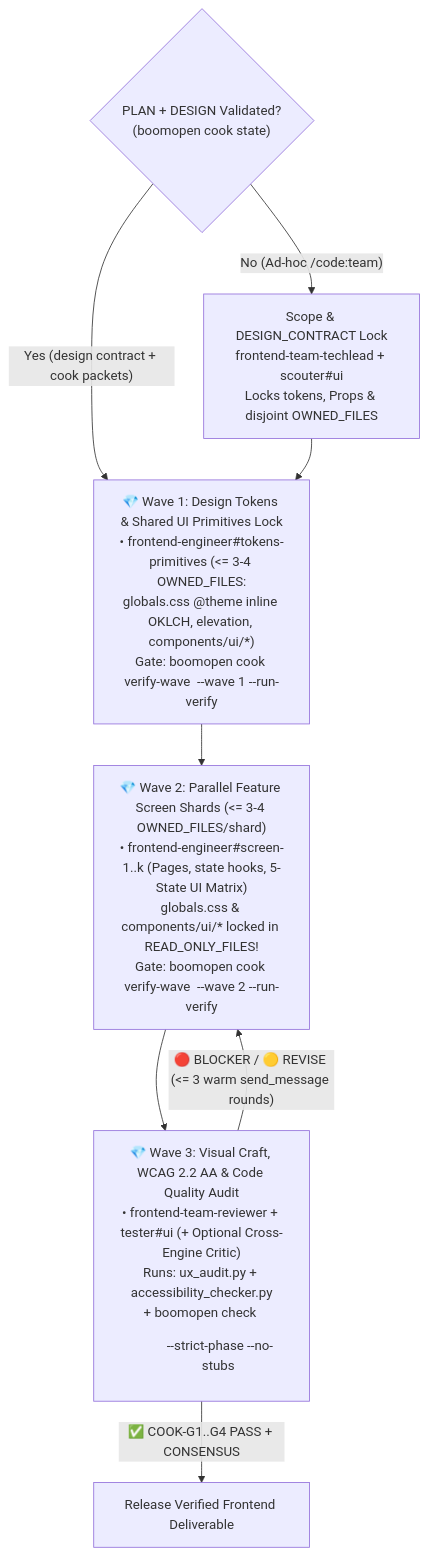
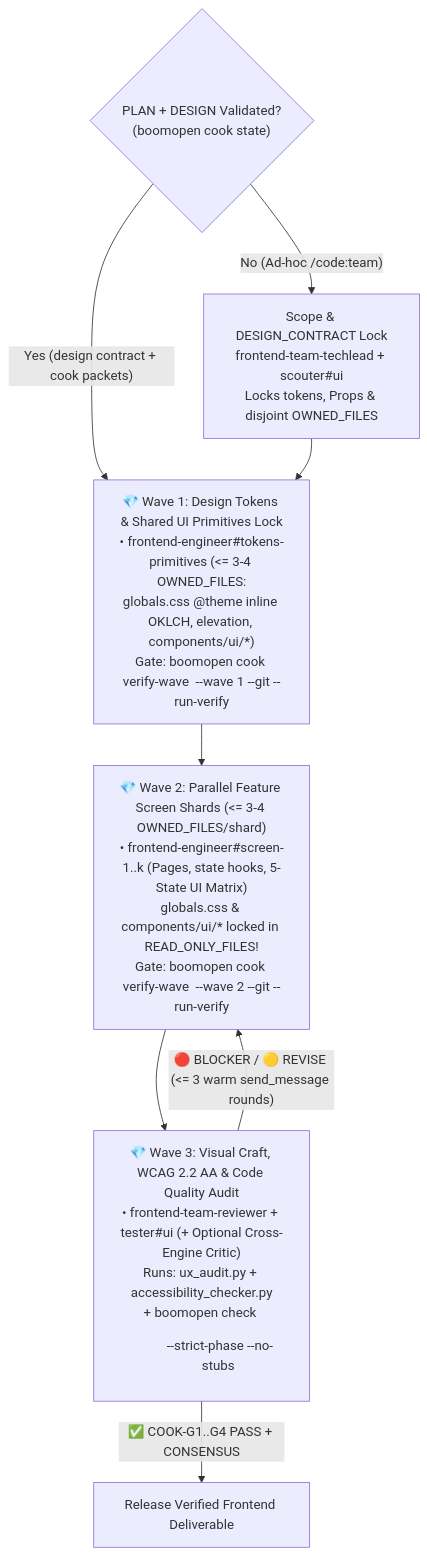
Before and after one commit to Kennyboom/BoomOpen-Workflow-Kit-Pro: the diagram in agents/teams/frontend-team/_team.md, drawn with Mermaid. The commit also changed other lines of this file and 302 other files, not shown here.

````diff
--- a/agents/teams/frontend-team/_team.md
+++ b/agents/teams/frontend-team/_team.md
@@ -46,11 +47,11 @@
 ```mermaid
 flowchart TD
     G0{"PLAN + DESIGN Validated?<br/>(boomopen cook state)"}
     G0 -->|"Yes (design contract + cook packets)"| W1
     G0 -->|"No (Ad-hoc /code:team)"| S0["Scope & DESIGN_CONTRACT Lock<br/>frontend-team-techlead + scouter#ui<br/>Locks tokens, Props & disjoint OWNED_FILES"]
-    S0 --> W1["💎 Wave 1: Design Tokens & Shared UI Primitives Lock<br/>• frontend-engineer#tokens-primitives (<= 3-4 OWNED_FILES:<br/>globals.css @theme inline OKLCH, elevation, components/ui/*)<br/>Gate: boomopen cook verify-wave <plan.md> --wave 1 --run-verify"]
-    W1 --> W2["💎 Wave 2: Parallel Feature Screen Shards (<= 3-4 OWNED_FILES/shard)<br/>• frontend-engineer#screen-1..k (Pages, state hooks, 5-State UI Matrix)<br/>globals.css & components/ui/* locked in READ_ONLY_FILES!<br/>Gate: boomopen cook verify-wave <plan.md> --wave 2 --run-verify"]
+    S0 --> W1["💎 Wave 1: Design Tokens & Shared UI Primitives Lock<br/>• frontend-engineer#tokens-primitives (<= 3-4 OWNED_FILES:<br/>globals.css @theme inline OKLCH, elevation, components/ui/*)<br/>Gate: boomopen cook verify-wave <plan.md> --wave 1 --git --run-verify"]
+    W1 --> W2["💎 Wave 2: Parallel Feature Screen Shards (<= 3-4 OWNED_FILES/shard)<br/>• frontend-engineer#screen-1..k (Pages, state hooks, 5-State UI Matrix)<br/>globals.css & components/ui/* locked in READ_ONLY_FILES!<br/>Gate: boomopen cook verify-wave <plan.md> --wave 2 --git --run-verify"]
     W2 --> W3["💎 Wave 3: Visual Craft, WCAG 2.2 AA & Code Quality Audit<br/>• frontend-team-reviewer + tester#ui (+ Optional Cross-Engine Critic)<br/>Runs: ux_audit.py + accessibility_checker.py<br/>+ boomopen check <dir> --strict-phase --no-stubs"]
     W3 -->|"🔴 BLOCKER / 🟡 REVISE (<= 3 warm send_message rounds)"| W2
     W3 -->|"✅ COOK-G1..G4 PASS + CONSENSUS"| OUT["Release Verified Frontend Deliverable"]
 ```
````
